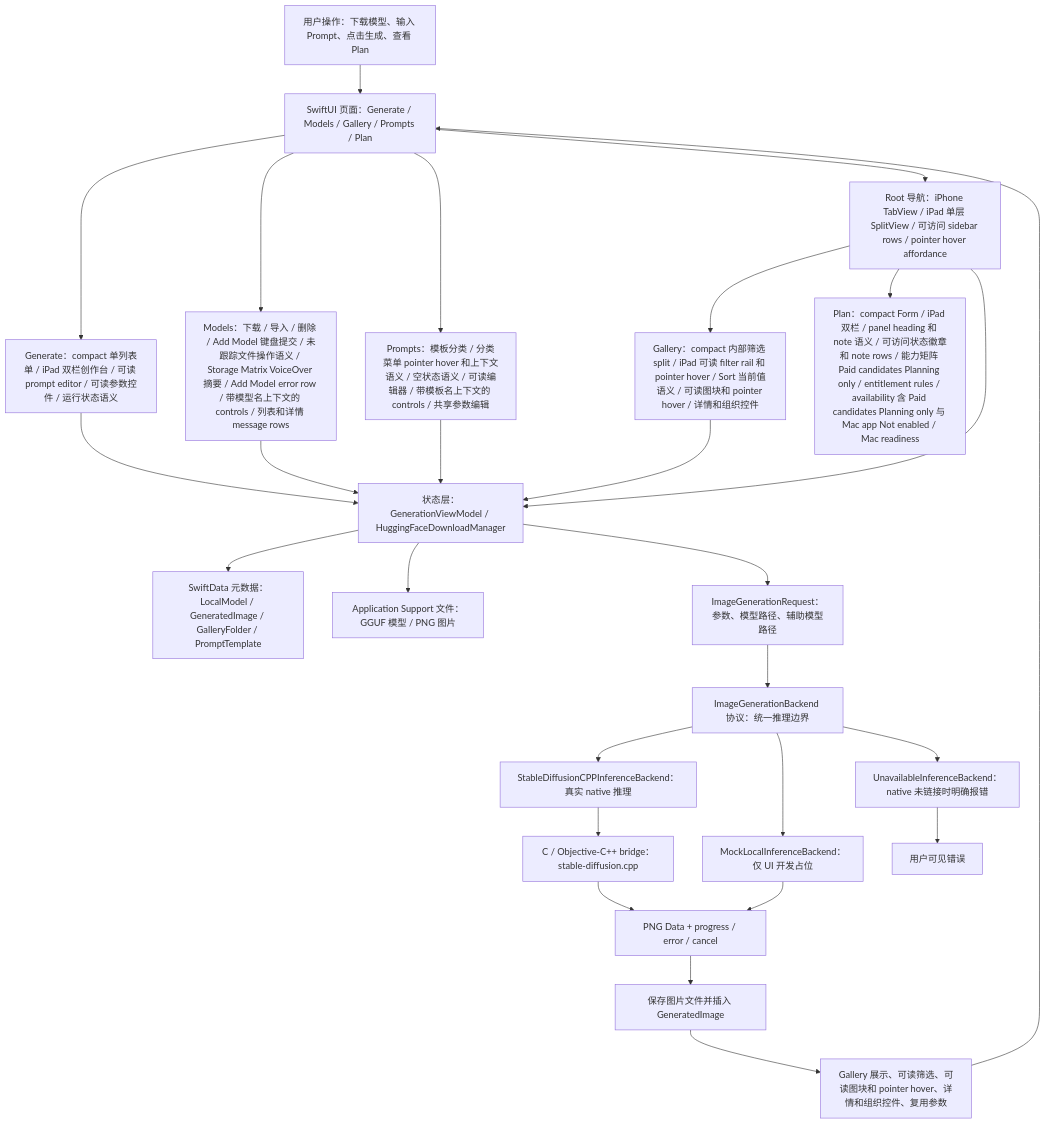
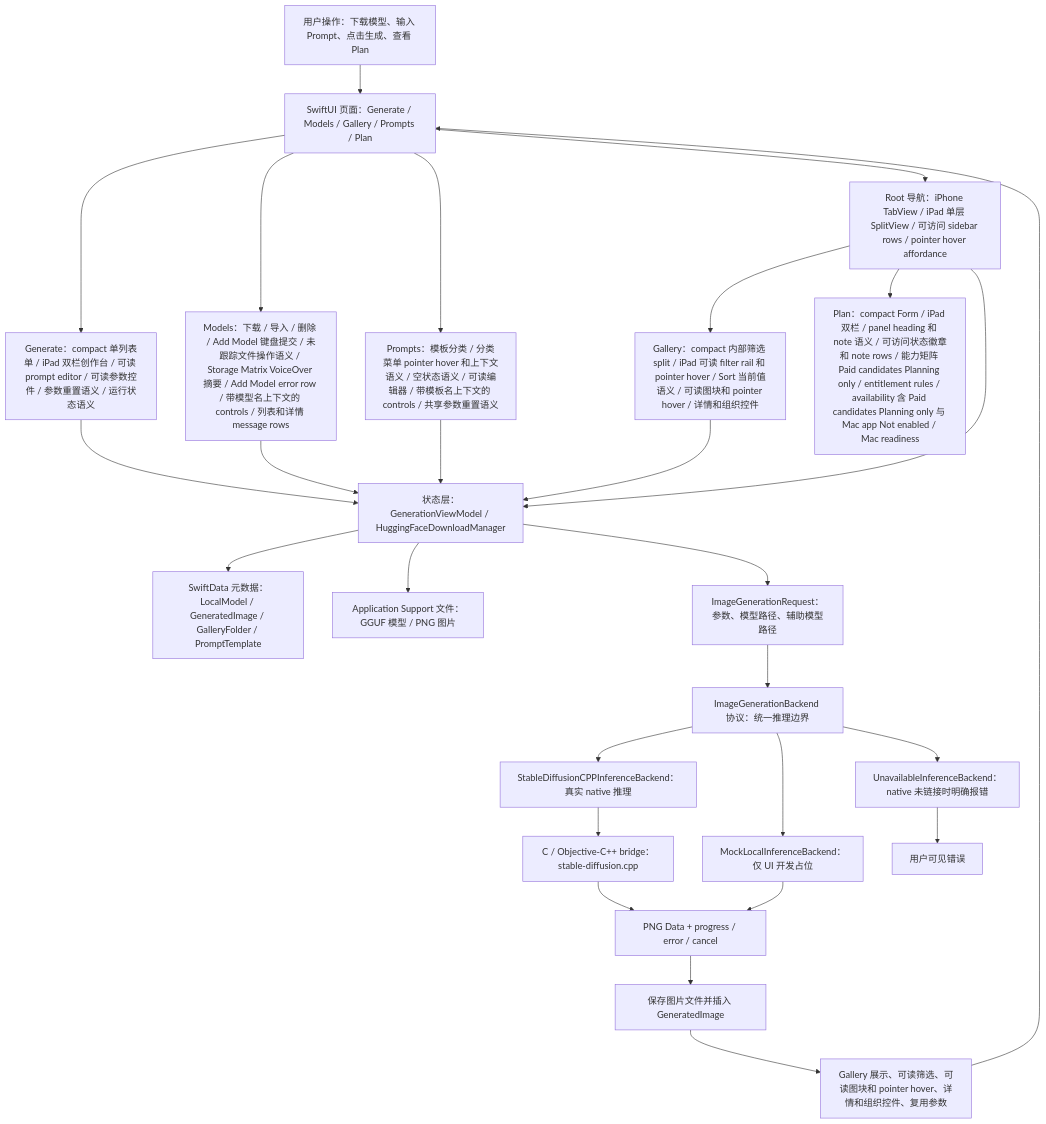
Before and after one commit to Altman-sam114/118: the first of 7 diagrams in md/flow/flowchart.md, drawn with Mermaid. The commit also changed 5 other files, not shown here.

````diff
--- a/md/flow/flowchart.md
+++ b/md/flow/flowchart.md
@@ -9,29 +9,29 @@
 ```mermaid
 flowchart TD
   U["用户操作：下载模型、输入 Prompt、点击生成、查看 Plan"] --> UI["SwiftUI 页面：Generate / Models / Gallery / Prompts / Plan"]
-  UI --> GENUI["Generate：compact 单列表单 / iPad 双栏创作台 / 可读 prompt editor / 可读参数控件 / 运行状态语义"]
+  UI --> GENUI["Generate：compact 单列表单 / iPad 双栏创作台 / 可读 prompt editor / 可读参数控件 / 参数重置语义 / 运行状态语义"]
   UI --> MODELUI["Models：下载 / 导入 / 删除 / Add Model 键盘提交 / 未跟踪文件操作语义 / Storage Matrix VoiceOver 摘要 / Add Model error row / 带模型名上下文的 controls / 列表和详情 message rows"]
-  UI --> PROMPTUI["Prompts：模板分类 / 分类菜单 pointer hover 和上下文语义 / 空状态语义 / 可读编辑器 / 带模板名上下文的 controls / 共享参数编辑"]
+  UI --> PROMPTUI["Prompts：模板分类 / 分类菜单 pointer hover 和上下文语义 / 空状态语义 / 可读编辑器 / 带模板名上下文的 controls / 共享参数重置语义"]
   UI --> NAV["Root 导航：iPhone TabView / iPad 单层 SplitView / 可访问 sidebar rows / pointer hover affordance"]
   NAV --> GALUI["Gallery：compact 内部筛选 split / iPad 可读 filter rail 和 pointer hover / Sort 当前值语义 / 可读图块和 pointer hover / 详情和组织控件"]
   NAV --> PLANUI["Plan：compact Form / iPad 双栏 / panel heading 和 note 语义 / 可访问状态徽章和 note rows / 能力矩阵 Paid candidates Planning only / entitlement rules / availability 含 Paid candidates Planning only 与 Mac app Not enabled / Mac readiness"]
   NAV --> VM["状态层：GenerationViewModel / HuggingFaceDownloadManager"]
   GENUI --> VM
   MODELUI --> VM
   PROMPTUI --> VM
   GALUI --> VM
   VM --> SD["SwiftData 元数据：LocalModel / GeneratedImage / GalleryFolder / PromptTemplate"]
   VM --> FS["Application Support 文件：GGUF 模型 / PNG 图片"]
   VM --> REQ["ImageGenerationRequest：参数、模型路径、辅助模型路径"]
   REQ --> IFACE["ImageGenerationBackend 协议：统一推理边界"]
   IFACE --> NATIVE["StableDiffusionCPPInferenceBackend：真实 native 推理"]
   IFACE --> MOCK["MockLocalInferenceBackend：仅 UI 开发占位"]
   IFACE --> OFF["UnavailableInferenceBackend：native 未链接时明确报错"]
   NATIVE --> BRIDGE["C / Objective-C++ bridge：stable-diffusion.cpp"]
   BRIDGE --> PNG["PNG Data + progress / error / cancel"]
   MOCK --> PNG
   OFF --> ERR["用户可见错误"]
   PNG --> SAVE["保存图片文件并插入 GeneratedImage"]
   SAVE --> GALLERY["Gallery 展示、可读筛选、可读图块和 pointer hover、详情和组织控件、复用参数"]
   GALLERY --> UI
 ```
````
